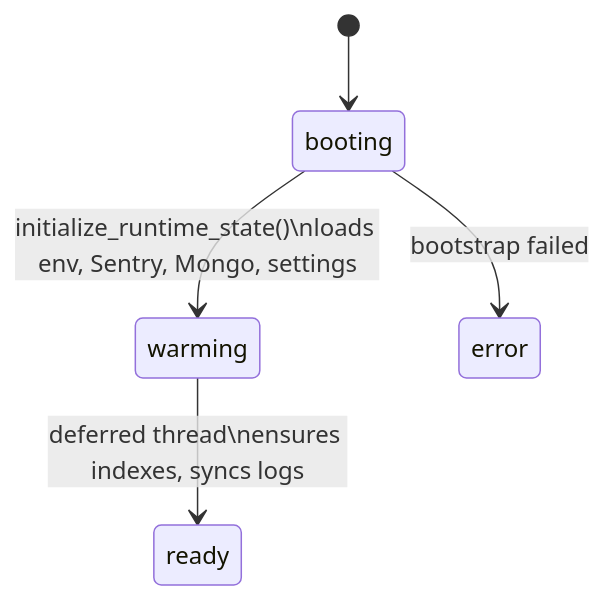
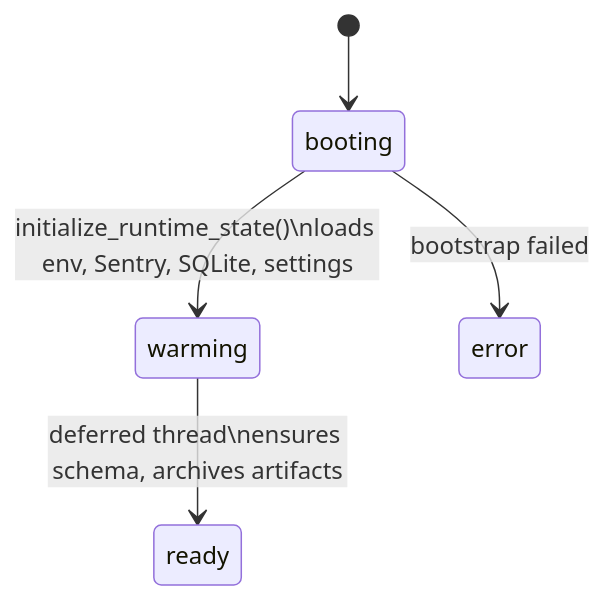
One commit to Fly-onlyone/ZZZ_Bot_Python changed the diagram in obsidian/01-Backend/core/GlobalVar.md. Above: the diagram before and after it, drawn with Mermaid. The commit also changed other lines of this file and 88 other files, not shown here.

````diff
--- a/obsidian/01-Backend/core/GlobalVar.md
+++ b/obsidian/01-Backend/core/GlobalVar.md
@@ -21,7 +21,7 @@
 ```mermaid
 stateDiagram-v2
     [*] --> booting
-    booting --> warming: initialize_runtime_state()\nloads env, Sentry, Mongo, settings
-    warming --> ready: deferred thread\nensures indexes, syncs logs
+    booting --> warming: initialize_runtime_state()\nloads env, Sentry, SQLite, settings
+    warming --> ready: deferred thread\nensures schema, archives artifacts
     booting --> error: bootstrap failed
 ```
````
